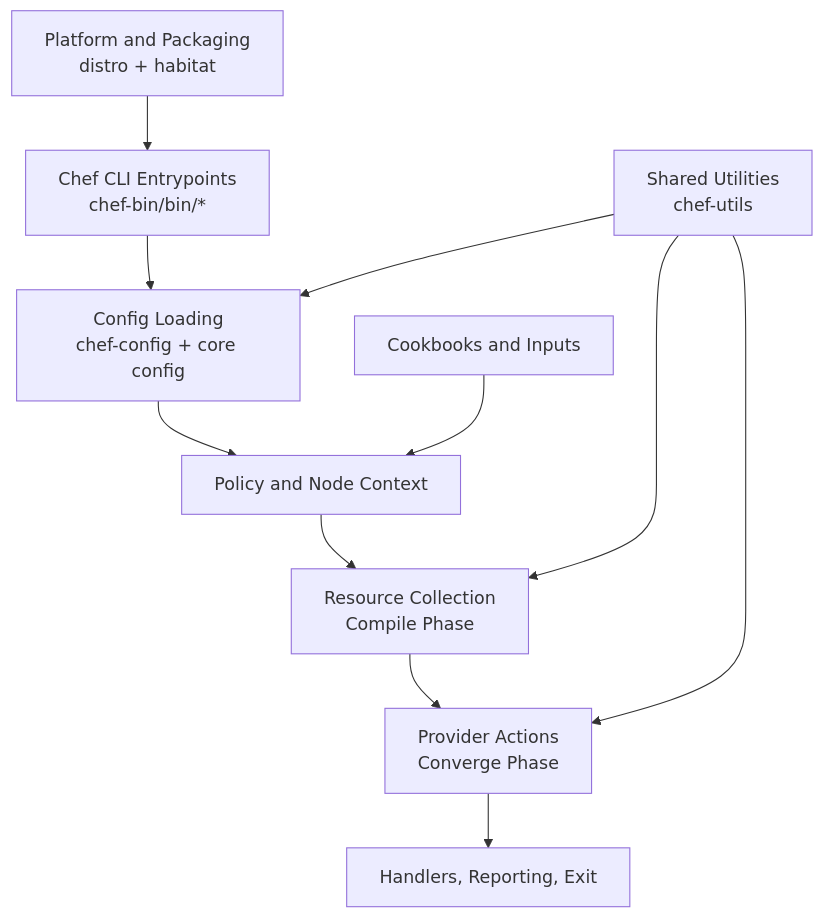
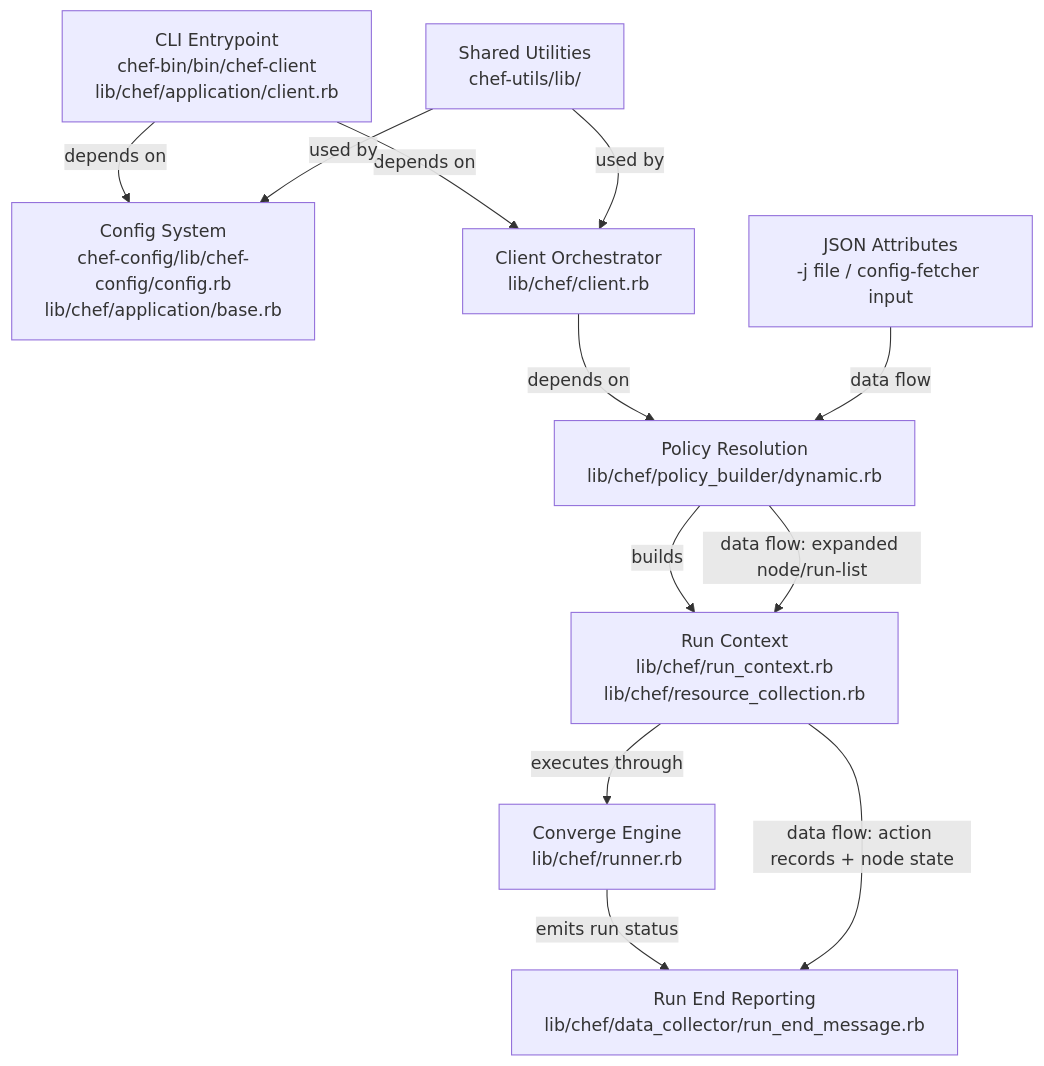
One commit to chef/chef changed the diagram in ai-track-docs/architecture.mmd. Above: the diagram before and after it, drawn with Mermaid. The commit also changed 3 other files, not shown here.

Commit message:
docs: map architecture nodes to files and validate mermaid

```diff
--- a/ai-track-docs/architecture.mmd
+++ b/ai-track-docs/architecture.mmd
@@ -1,13 +1,23 @@
 flowchart TD
-    A[Chef CLI Entrypoints\nchef-bin/bin/*] --> B[Config Loading\nchef-config + core config]
-    B --> C[Policy and Node Context]
-    C --> D[Resource Collection\nCompile Phase]
-    D --> E[Provider Actions\nConverge Phase]
-    E --> F[Handlers, Reporting, Exit]
+    A[CLI Entrypoint\nchef-bin/bin/chef-client\nlib/chef/application/client.rb]
+    B[Config System\nchef-config/lib/chef-config/config.rb\nlib/chef/application/base.rb]
+    C[Client Orchestrator\nlib/chef/client.rb]
+    D[Policy Resolution\nlib/chef/policy_builder/dynamic.rb]
+    E[Run Context\nlib/chef/run_context.rb\nlib/chef/resource_collection.rb]
+    F[Converge Engine\nlib/chef/runner.rb]
+    G[Run End Reporting\nlib/chef/data_collector/run_end_message.rb]
+    H[Shared Utilities\nchef-utils/lib/]
 
-    G[Shared Utilities\nchef-utils] --> B
-    G --> D
-    G --> E
+    A -->|depends on| B
+    A -->|depends on| C
+    C -->|depends on| D
+    D -->|builds| E
+    E -->|executes through| F
+    F -->|emits run status| G
 
-    H[Cookbooks and Inputs] --> C
-    I[Platform and Packaging\ndistro + habitat] --> A
+    H -->|used by| B
+    H -->|used by| C
+
+    J[JSON Attributes\n-j file / config-fetcher input] -->|data flow| D
+    D -->|data flow: expanded node/run-list| E
+    E -->|data flow: action records + node state| G
```
